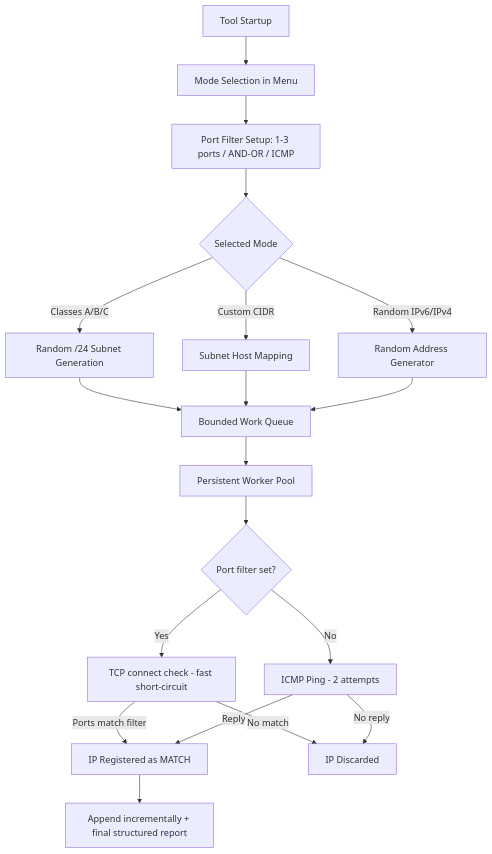
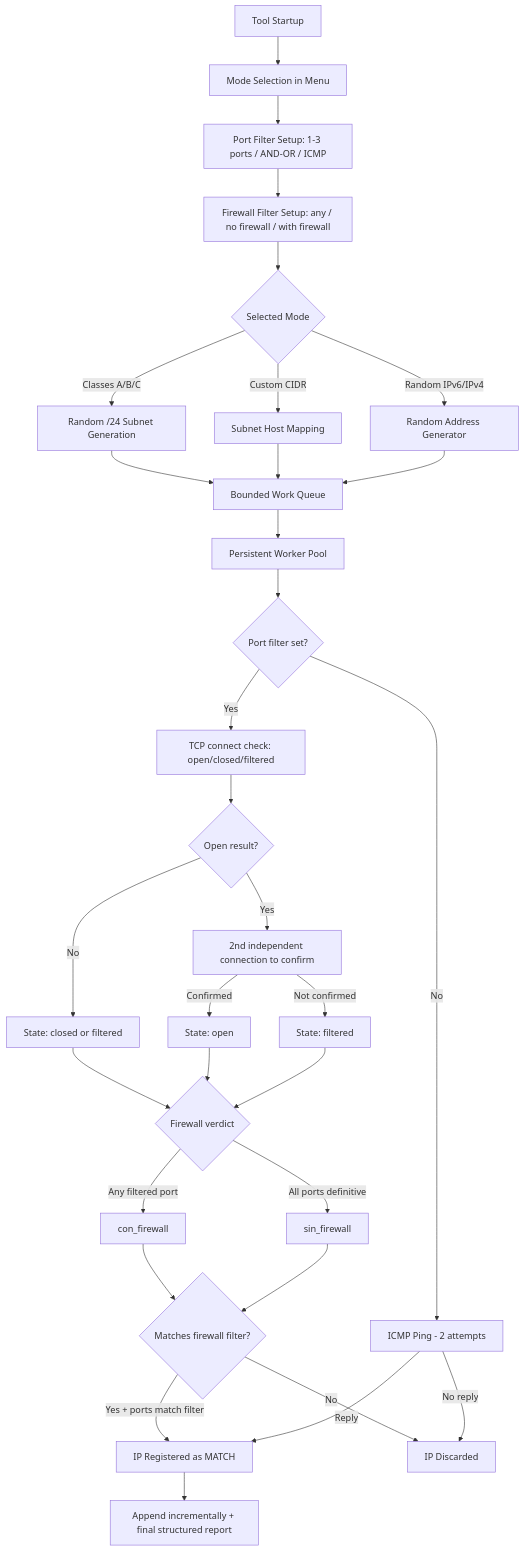
The diagram in README.md (Nostraxiten/IPsearcher), drawn with Mermaid before and after one commit. The commit also changed other lines of this file and 1 other file, not shown here.

Commit message:
Add verified port states and firewall (con/sin) detection filter
Port checks now classify each probe as open/closed/filtered instead of
a single connect() boolean, and confirm "open" with a second
independent connection before reporting it. This removes the false
positives seen against Nmap, where a firewall/tarpit accepts a
handshake once without a real service behind it.

Also adds an optional firewall filter (after the port filter) to only
show IPs that respond definitively (sin firewall, ready for deeper
scanning) or IPs where a probe is silently dropped (con firewall).

````diff
--- a/README.md
+++ b/README.md
@@ -33,25 +34,40 @@
 ```mermaid
 graph TD
     A[Tool Startup] --> B[Mode Selection in Menu]
     B --> PF[Port Filter Setup: 1-3 ports / AND-OR / ICMP]
-    PF --> C{Selected Mode}
+    PF --> FW[Firewall Filter Setup: any / no firewall / with firewall]
+    FW --> C{Selected Mode}
     C -->|Classes A/B/C| D[Random /24 Subnet Generation]
     C -->|Custom CIDR| E[Subnet Host Mapping]
     C -->|Random IPv6/IPv4| F[Random Address Generator]
 
     D --> Q[Bounded Work Queue]
     E --> Q
     F --> Q
     Q --> G[Persistent Worker Pool]
 
     G --> M{Port filter set?}
-    M -->|Yes| N[TCP connect check - fast short-circuit]
+    M -->|Yes| N[TCP connect check: open/closed/filtered]
     M -->|No| H[ICMP Ping - 2 attempts]
 
-    N -->|Ports match filter| I[IP Registered as MATCH]
-    N -->|No match| K[IP Discarded]
+    N --> V{Open result?}
+    V -->|Yes| V2[2nd independent connection to confirm]
+    V -->|No| S[State: closed or filtered]
+    V2 -->|Confirmed| S2[State: open]
+    V2 -->|Not confirmed| S3[State: filtered]
+
+    S --> FWV{Firewall verdict}
+    S2 --> FWV
+    S3 --> FWV
+    FWV -->|Any filtered port| CF[con_firewall]
+    FWV -->|All ports definitive| SF[sin_firewall]
+
+    CF --> MF{Matches firewall filter?}
+    SF --> MF
+    MF -->|Yes + ports match filter| I[IP Registered as MATCH]
+    MF -->|No| K[IP Discarded]
     H -->|Reply| I
     H -->|No reply| K
 
     I --> L[Append incrementally + final structured report]
 ```
````
